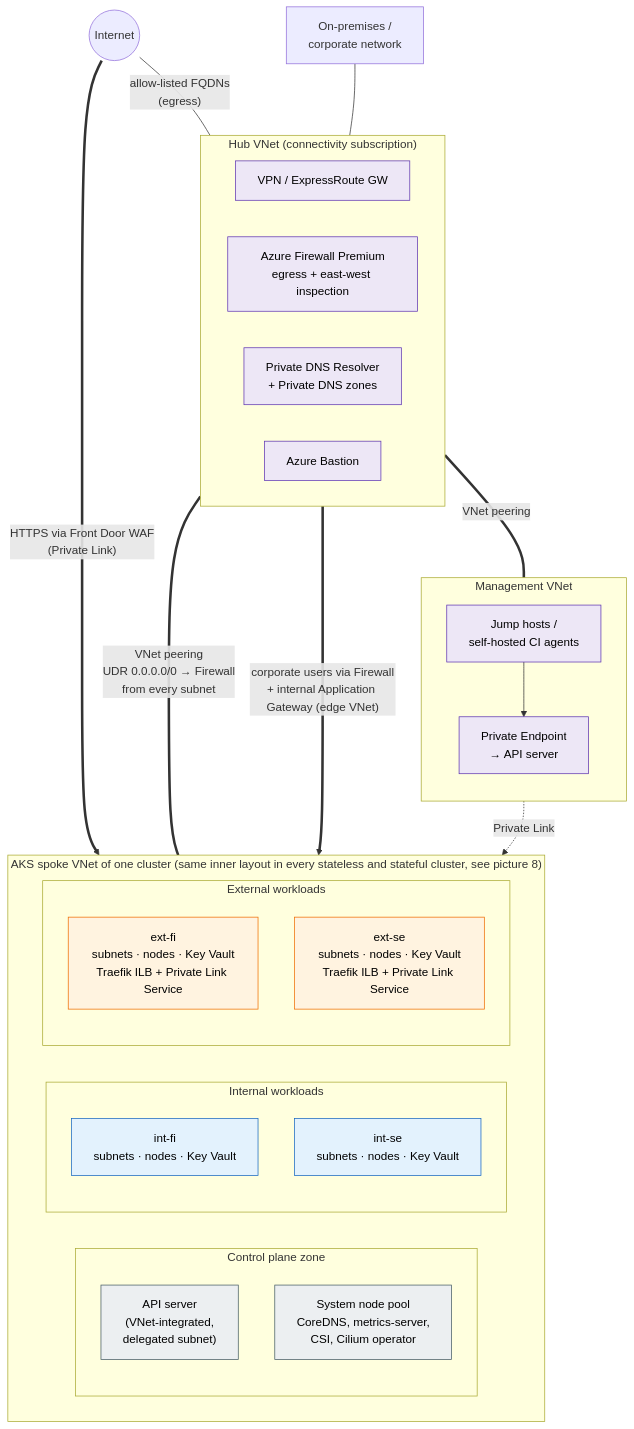
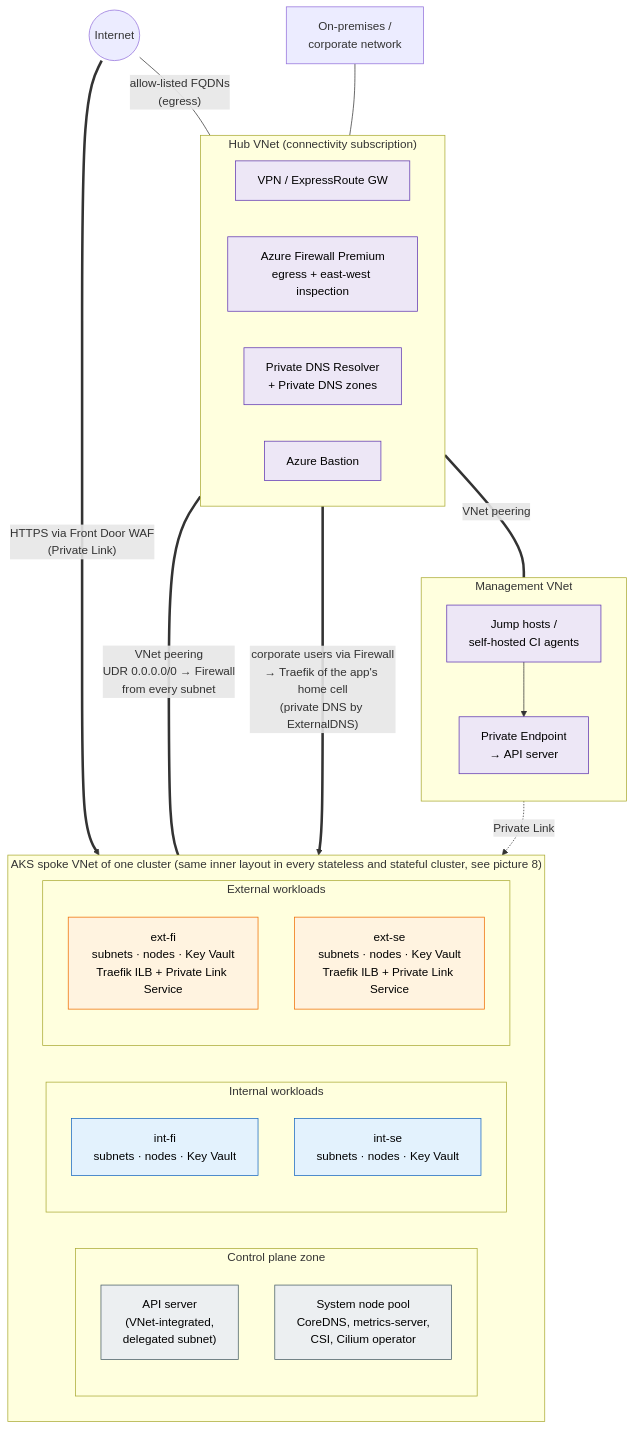
One commit to olljanat-ai/aks-design changed the diagram in diagrams/01-overview.mmd. Above: the diagram before and after it, drawn with Mermaid. The commit also changed 19 other files, not shown here.

First line of the commit message:
Internal apps: one home cell each, DNS by ExternalDNS, migration workflow

```diff
--- a/diagrams/01-overview.mmd
+++ b/diagrams/01-overview.mmd
@@ -1,54 +1,54 @@
 %% High-level landing zone: hub, management network and the AKS spoke with isolation zones
 flowchart TB
     internet(("Internet"))
     onprem["On-premises /<br/>corporate network"]
 
     subgraph HUB["Hub VNet (connectivity subscription)"]
         direction LR
         gw["VPN / ExpressRoute GW"]
         fw["Azure Firewall Premium<br/>egress + east-west inspection"]
         dns["Private DNS Resolver<br/>+ Private DNS zones"]
         bastion["Azure Bastion"]
     end
 
     subgraph MGMT["Management VNet"]
         direction TB
         jump["Jump hosts /<br/>self-hosted CI agents"]
         pe_api["Private Endpoint<br/>→ API server"]
     end
 
     subgraph SPOKE["AKS spoke VNet of one cluster (same inner layout in every stateless and stateful cluster, see picture 8)"]
         direction LR
         subgraph CP["Control plane zone"]
             direction TB
             api["API server<br/>(VNet-integrated,<br/>delegated subnet)"]
             sys["System node pool<br/>CoreDNS, metrics-server,<br/>CSI, Cilium operator"]
         end
         subgraph INT["Internal workloads"]
             direction TB
             intfi["int-fi<br/>subnets · nodes · Key Vault"]
             intse["int-se<br/>subnets · nodes · Key Vault"]
         end
         subgraph EXT["External workloads"]
             direction TB
             extfi["ext-fi<br/>subnets · nodes · Key Vault<br/>Traefik ILB + Private Link Service"]
             extse["ext-se<br/>subnets · nodes · Key Vault<br/>Traefik ILB + Private Link Service"]
         end
     end
 
     onprem --- gw
     internet ---|"allow-listed FQDNs<br/>(egress)"| fw
     HUB ===|"VNet peering"| MGMT
     HUB ===|"VNet peering<br/>UDR 0.0.0.0/0 → Firewall<br/>from every subnet"| SPOKE
     jump --> pe_api -.->|"Private Link"| api
     internet ==>|"HTTPS via Front Door WAF<br/>(Private Link)"| EXT
-    fw ==>|"corporate users via Firewall<br/>+ internal Application Gateway (edge VNet)"| INT
+    fw ==>|"corporate users via Firewall<br/>→ Traefik of the app's home cell<br/>(private DNS by ExternalDNS)"| INT
 
     classDef hub fill:#ede7f6,stroke:#5e35b1,color:#000
     classDef cp fill:#eceff1,stroke:#455a64,color:#000
     classDef int fill:#e3f2fd,stroke:#1565c0,color:#000
     classDef ext fill:#fff3e0,stroke:#ef6c00,color:#000
     class fw,dns,gw,bastion,jump,pe_api hub
     class api,sys cp
     class intfi,intse int
     class extfi,extse ext
```
